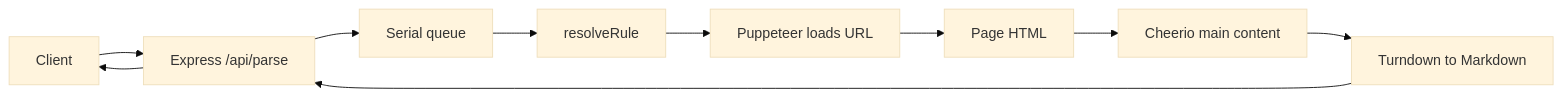
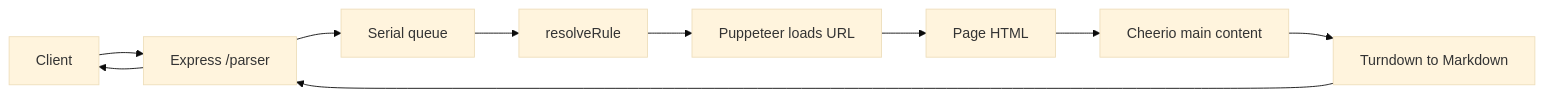
One commit to pulipulichen/docker-Scrape-Web-Page-To-Markdown changed the diagram in PROJECT.md. Above: the diagram before and after it, drawn with Mermaid (base theme). The commit also changed 7 other files, not shown here.

````diff
--- a/PROJECT.md
+++ b/PROJECT.md
@@ -40,12 +40,12 @@
 ```mermaid
 flowchart LR
-  Client[Client] --> API[Express /api/parse]
+  Client[Client] --> API[Express /parser]
   API --> Q[Serial queue]
   Q --> R[resolveRule]
   R --> P[Puppeteer loads URL]
   P --> H[Page HTML]
   H --> C[Cheerio main content]
   C --> T[Turndown to Markdown]
   T --> API
   API --> Client
 ```
````
